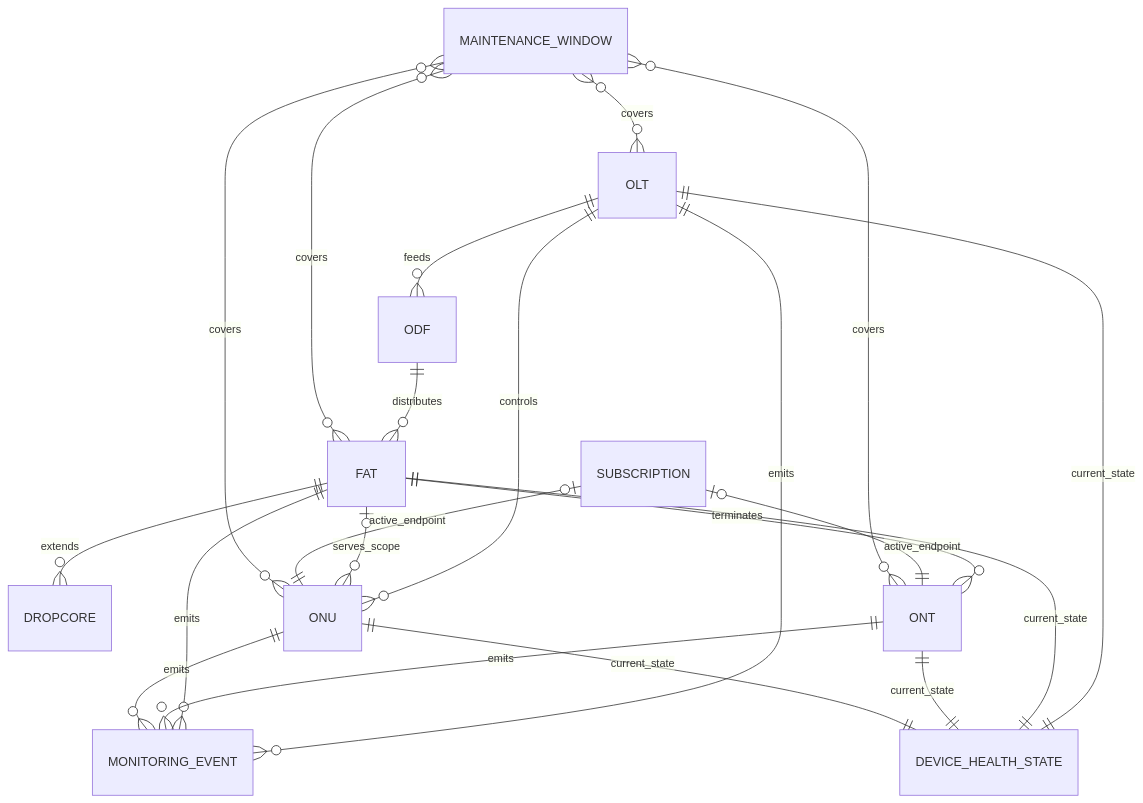
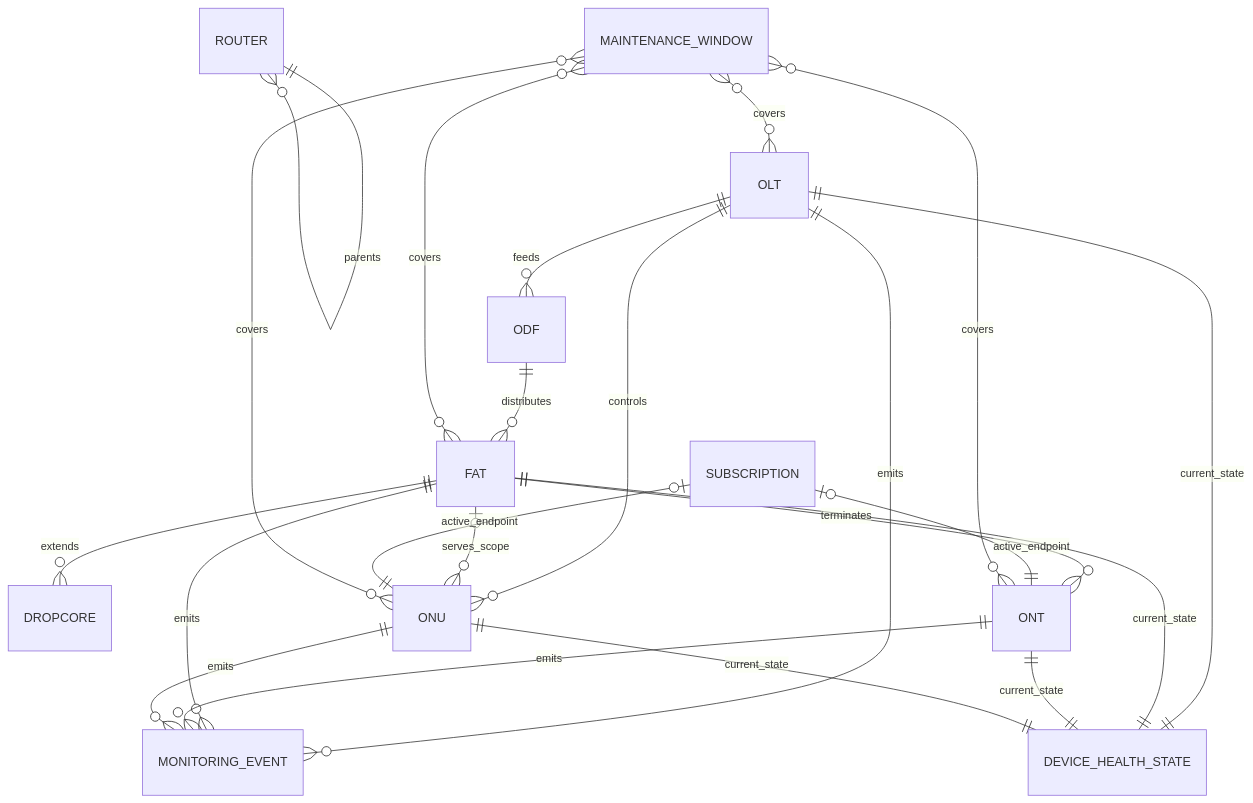
One commit to ekopradesga/adr-driven-development changed the eighth of 14 diagrams in docs/database/erd.md. Above: the diagram before and after it, drawn with Mermaid. The commit also changed other lines of this file and 35 other files, not shown here.

````diff
--- a/docs/database/erd.md
+++ b/docs/database/erd.md
@@ -312,23 +312,24 @@
 ```mermaid
 erDiagram
+    ROUTER ||--o{ ROUTER : parents
     OLT ||--o{ ODF : feeds
     ODF ||--o{ FAT : distributes
     FAT ||--o{ DROPCORE : extends
     FAT ||--o{ ONT : terminates
     OLT ||--o{ ONU : controls
     FAT o|--o{ ONU : serves_scope
     SUBSCRIPTION o|--|| ONT : active_endpoint
     SUBSCRIPTION o|--|| ONU : active_endpoint
     OLT ||--o{ MONITORING_EVENT : emits
     FAT ||--o{ MONITORING_EVENT : emits
     ONT ||--o{ MONITORING_EVENT : emits
     ONU ||--o{ MONITORING_EVENT : emits
     OLT ||--|| DEVICE_HEALTH_STATE : current_state
     FAT ||--|| DEVICE_HEALTH_STATE : current_state
     ONT ||--|| DEVICE_HEALTH_STATE : current_state
     ONU ||--|| DEVICE_HEALTH_STATE : current_state
     MAINTENANCE_WINDOW }o--o{ OLT : covers
     MAINTENANCE_WINDOW }o--o{ FAT : covers
     MAINTENANCE_WINDOW }o--o{ ONT : covers
     MAINTENANCE_WINDOW }o--o{ ONU : covers
 ```
````
